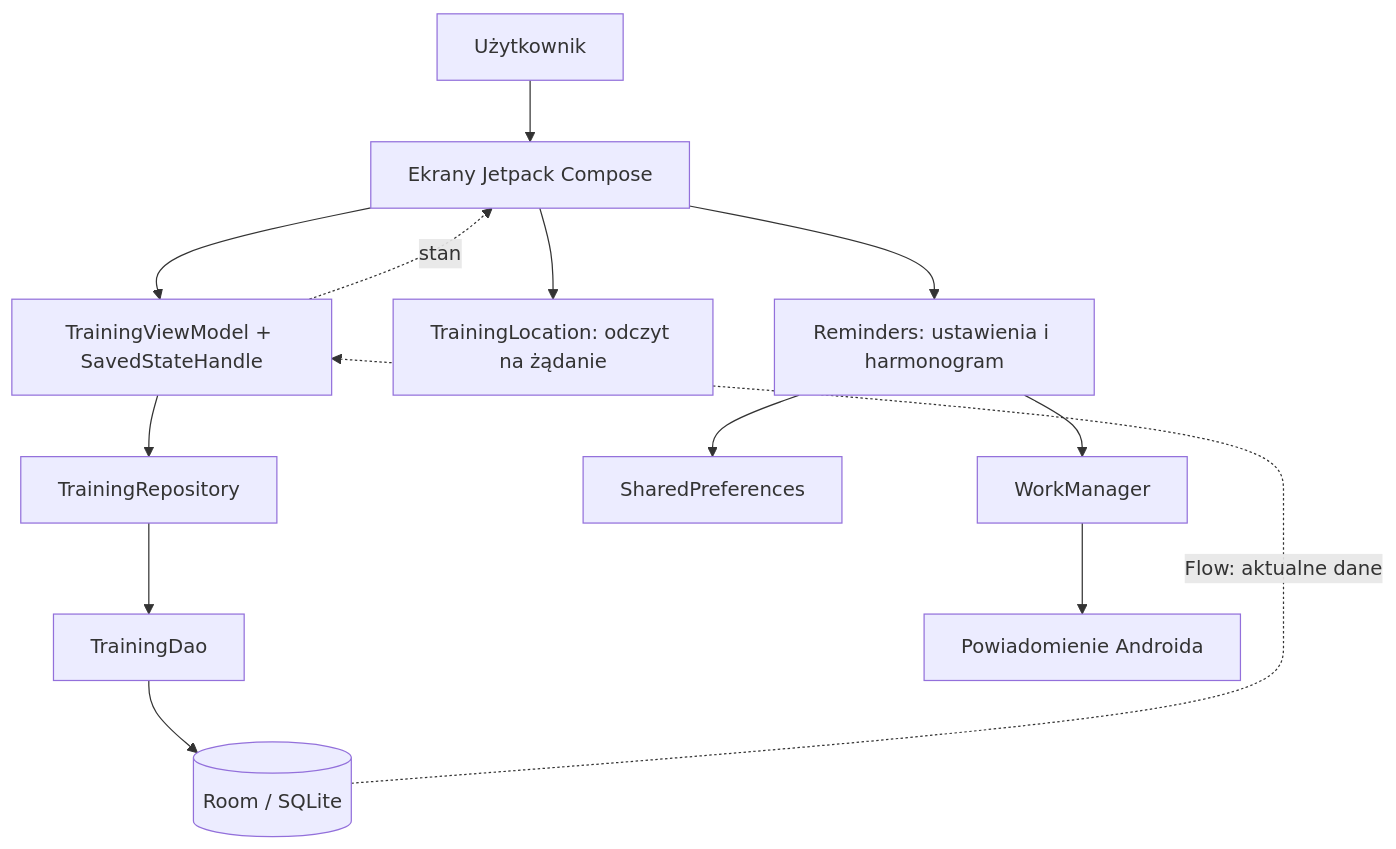
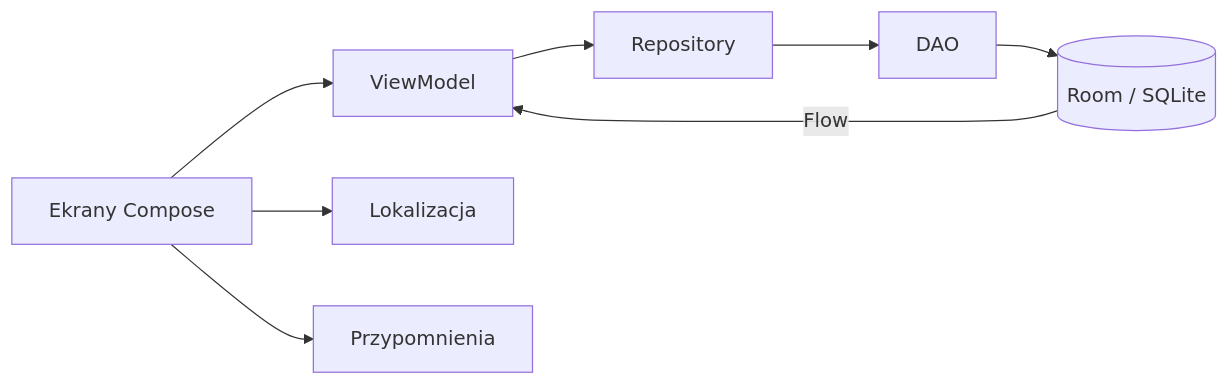
Before and after one commit to dawidpludowski2000/trening_follow_application: the first of 2 diagrams in docs/ARCHITEKTURA.md, drawn with Mermaid. The commit also changed other lines of this file and 13 other files, not shown here.

````diff
--- a/docs/ARCHITEKTURA.md
+++ b/docs/ARCHITEKTURA.md
@@ -5,15 +7,10 @@
 ```mermaid
-flowchart TD
-    U[Użytkownik] --> UI[Ekrany Jetpack Compose]
-    UI --> VM[TrainingViewModel + SavedStateHandle]
-    VM --> R[TrainingRepository]
-    R --> D[TrainingDao]
-    D --> DB[(Room / SQLite)]
-    DB -. Flow: aktualne dane .-> VM
-    VM -. stan .-> UI
-    UI --> LOC[TrainingLocation: odczyt na żądanie]
-    UI --> REM[Reminders: ustawienia i harmonogram]
-    REM --> PREF[SharedPreferences]
-    REM --> WM[WorkManager]
-    WM --> N[Powiadomienie Androida]
+flowchart LR
+    UI[Ekrany Compose] --> VM[ViewModel]
+    VM --> R[Repository]
+    R --> DAO[DAO]
+    DAO --> DB[(Room / SQLite)]
+    DB -->|Flow| VM
+    UI --> LOC[Lokalizacja]
+    UI --> REM[Przypomnienia]
 ```
````
